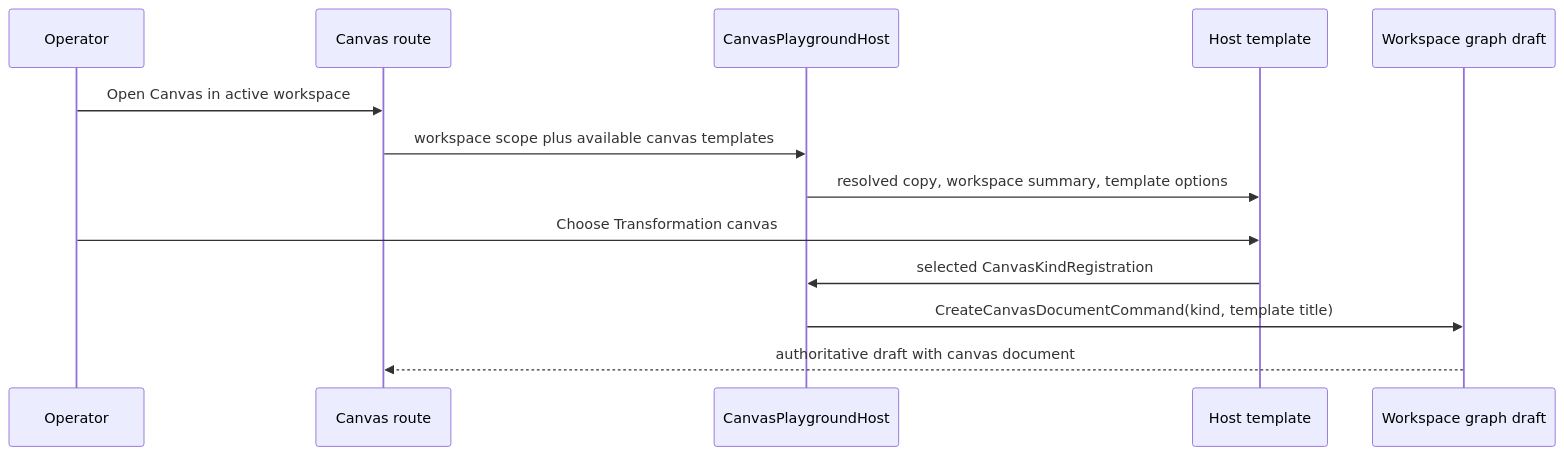
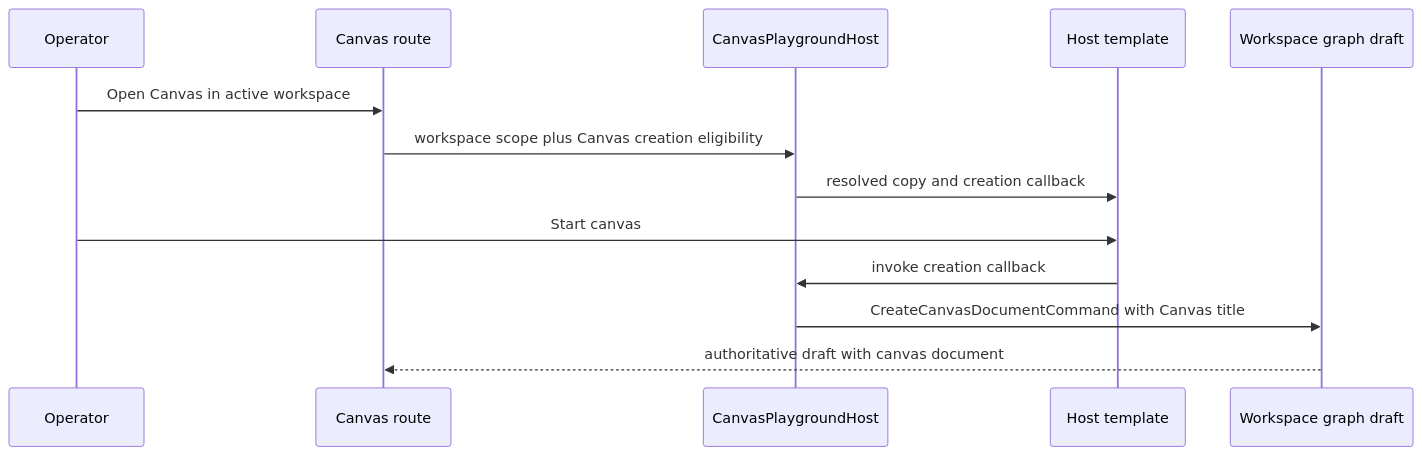
Before and after one commit to dunay2/dvt: the third of 4 diagrams in docs/architecture/components/web/graph/canvas-startup-template-selection-component.md, drawn with Mermaid. The commit also changed other lines of this file and 21 other files, not shown here.

Commit message:
fix(web): Remove Canvas template choice and false access warnings (#2997)

````diff
--- a/docs/architecture/components/web/graph/canvas-startup-template-selection-component.md
+++ b/docs/architecture/components/web/graph/canvas-startup-template-selection-component.md
@@ -89,16 +81,16 @@
 ```mermaid
 sequenceDiagram
   participant Operator
   participant Route as Canvas route
   participant Host as CanvasPlaygroundHost
   participant Template as Host template
   participant Draft as Workspace graph draft
 
   Operator->>Route: Open Canvas in active workspace
-  Route->>Host: workspace scope plus available canvas templates
-  Host->>Template: resolved copy, workspace summary, template options
-  Operator->>Template: Choose Transformation canvas
-  Template->>Host: selected CanvasKindRegistration
-  Host->>Draft: CreateCanvasDocumentCommand(kind, template title)
+  Route->>Host: workspace scope plus Canvas creation eligibility
+  Host->>Template: resolved copy and creation callback
+  Operator->>Template: Start canvas
+  Template->>Host: invoke creation callback
+  Host->>Draft: CreateCanvasDocumentCommand with Canvas title
   Draft-->>Route: authoritative draft with canvas document
 ```
````
